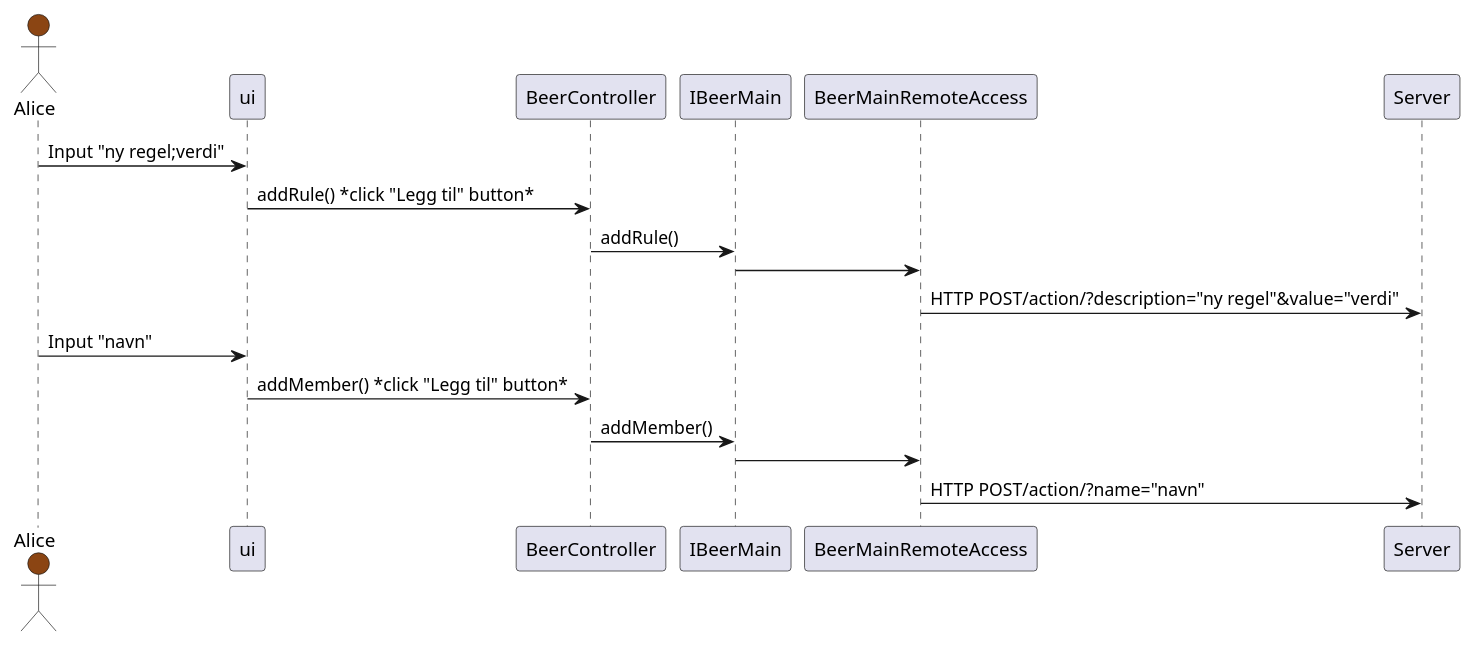
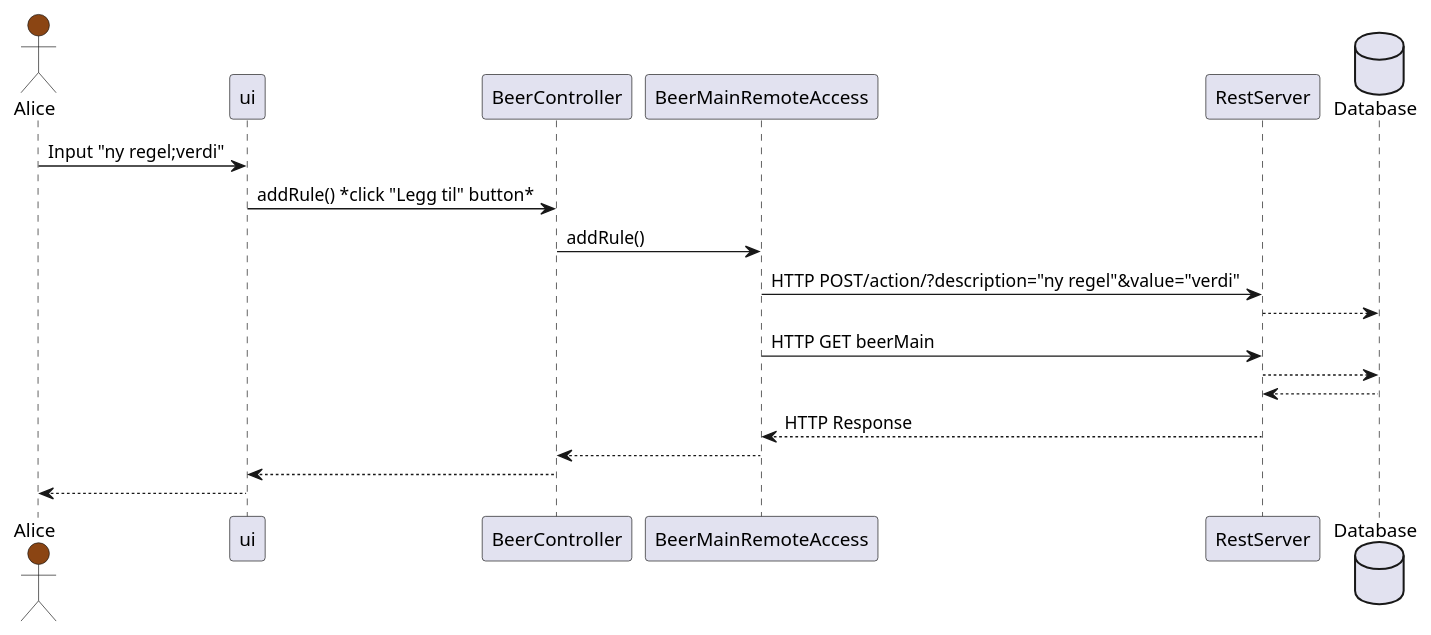
One commit to Annabdoan/it1901 changed the diagram in docs/SequenceDiagram.puml. Above: the diagram before and after it, drawn with PlantUML.

Commit message:
(#47) fix: improved sequence diagram
Added the database (a simulated database) and the HTTP GET and response messages

```diff
--- a/docs/SequenceDiagram.puml
+++ b/docs/SequenceDiagram.puml
@@ -1,22 +1,23 @@
 @startuml
 
 '!include plantuml-ae.iuml
 
 actor Alice #SaddleBrown
 
 Alice -> ui: Input "ny regel;verdi"
 ui -> BeerController: addRule() *click "Legg til" button*
-BeerController -> IBeerMain: addRule()
-IBeerMain -> BeerMainRemoteAccess:
-BeerMainRemoteAccess -> Server: HTTP POST/action/?description="ny regel"&value="verdi"
-Alice -> ui: Input "navn"
-ui -> BeerController: addMember() *click "Legg til" button*
-BeerController -> IBeerMain: addMember()
-IBeerMain -> BeerMainRemoteAccess
-BeerMainRemoteAccess -> Server: HTTP POST/action/?name="navn"
-
-
+BeerController -> BeerMainRemoteAccess: addRule()
+BeerMainRemoteAccess -> RestServer: HTTP POST/action/?description="ny regel"&value="verdi"
+database Database
+RestServer --> Database
+BeerMainRemoteAccess -> RestServer: HTTP GET beerMain
+RestServer --> Database
+Database --> RestServer
+RestServer --> BeerMainRemoteAccess: HTTP Response
+BeerMainRemoteAccess --> BeerController
+BeerController --> ui
+ui --> Alice
 
 
 '!include ../../plantuml-styles/ae-copyright-footer.txt
 @enduml
```
